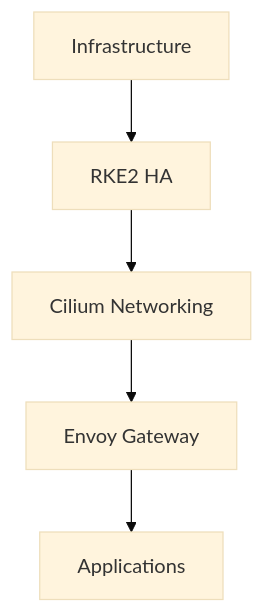
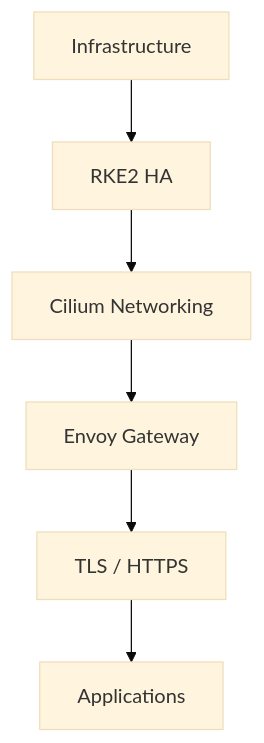
One commit to ahmed-sayed-devops/microservices-platform-gitops changed diagram 18 of 18 in docs/03-gateway-api/README.md. Above: the diagram before and after it, drawn with Mermaid (base theme). The commit also changed other lines of this file, not shown here.

Commit message:
docs: update Gateway API documentation with TLS

````diff
--- a/docs/03-gateway-api/README.md
+++ b/docs/03-gateway-api/README.md
@@ -961,13 +1291,15 @@
 ```mermaid
 graph TD
     Infrastructure[Infrastructure]
     RKE2[RKE2 HA]
     Cilium[Cilium Networking]
     Gateway[Envoy Gateway]
+    TLS[TLS / HTTPS]
     Applications[Applications]
 
     Infrastructure --> RKE2
     RKE2 --> Cilium
     Cilium --> Gateway
-    Gateway --> Applications
+    Gateway --> TLS
+    TLS --> Applications
 ```
````
